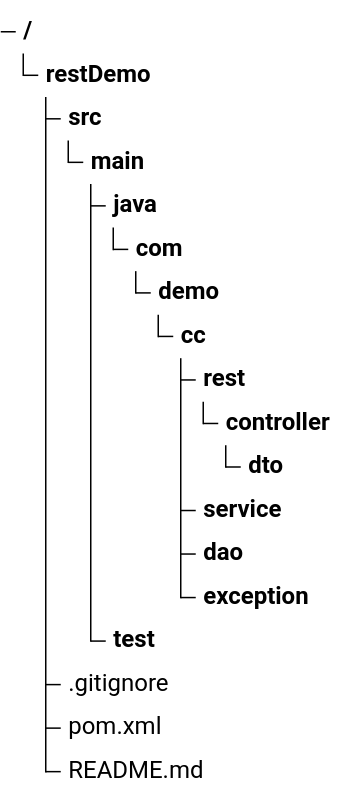
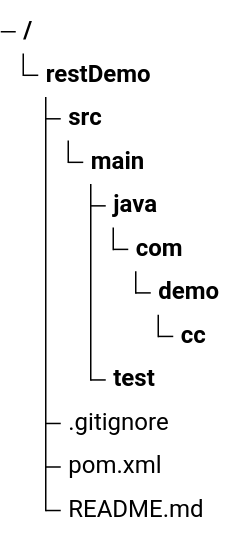
The diagram in Read.md (chanduujjina/Spring_Boot_Rest_AI), drawn with Mermaid before and after one commit.

````diff
--- a/Read.md
+++ b/Read.md
@@ -1,22 +1,16 @@
 ```mermaid
 treeView-beta
             restDemo/
                 src/
                     main/
                           java/
                                com/
                                     demo/
                                           cc/
-                                              rest/
-                                                    controller/
-                                                     dto/
-                                              service/
-                                              dao/
-                                              exception/
                                               
                                               
-                          test/
+                         test/
                 .gitignore
                 pom.xml
                 README.md
 ```
````
